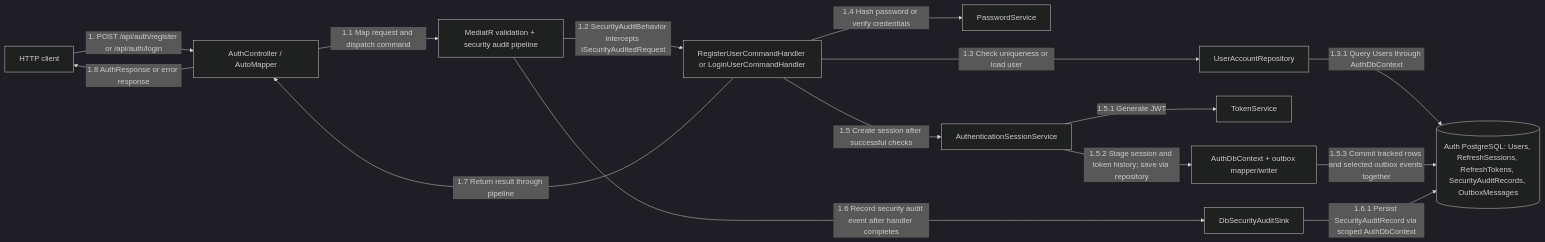
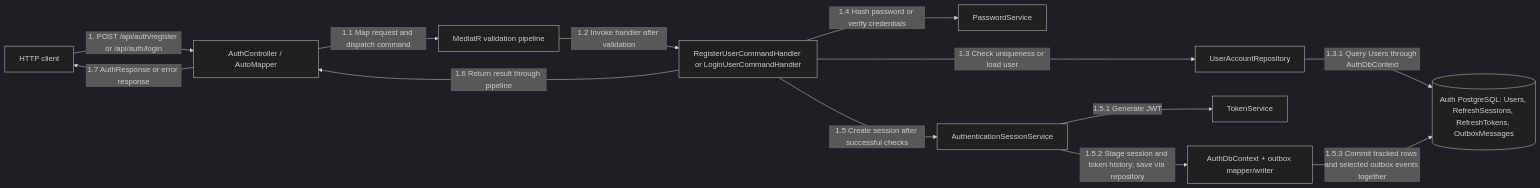
Before and after one commit to bogdan-spilevoi/ASET-master-year-1: the first of 4 diagrams in src/Services/Auth/COMMUNICATION.md, drawn with Mermaid (dark theme). The commit also changed other lines of this file and 50 other files, not shown here.

````diff
--- a/src/Services/Auth/COMMUNICATION.md
+++ b/src/Services/Auth/COMMUNICATION.md
@@ -10,29 +10,26 @@
 ```mermaid
 flowchart LR
     Client["HTTP client"]
     API["AuthController / AutoMapper"]
-    Pipeline["MediatR validation + security audit pipeline"]
+    Pipeline["MediatR validation pipeline"]
     Handler["RegisterUserCommandHandler or LoginUserCommandHandler"]
     Password["PasswordService"]
     Repository["UserAccountRepository"]
     Session["AuthenticationSessionService"]
     Tokens["TokenService"]
     Context["AuthDbContext + outbox mapper/writer"]
-    AuditSink["DbSecurityAuditSink"]
-    DB[("Auth PostgreSQL: Users, RefreshSessions, RefreshTokens, SecurityAuditRecords, OutboxMessages")]
+    DB[("Auth PostgreSQL: Users, RefreshSessions, RefreshTokens, OutboxMessages")]
 
     Client -->|"1. POST /api/auth/register or /api/auth/login"| API
     API -->|"1.1 Map request and dispatch command"| Pipeline
-    Pipeline -->|"1.2 SecurityAuditBehavior intercepts ISecurityAuditedRequest"| Handler
+    Pipeline -->|"1.2 Invoke handler after validation"| Handler
     Handler -->|"1.3 Check uniqueness or load user"| Repository
     Repository -->|"1.3.1 Query Users through AuthDbContext"| DB
     Handler -->|"1.4 Hash password or verify credentials"| Password
     Handler -->|"1.5 Create session after successful checks"| Session
     Session -->|"1.5.1 Generate JWT"| Tokens
     Session -->|"1.5.2 Stage session and token history; save via repository"| Context
     Context -->|"1.5.3 Commit tracked rows and selected outbox events together"| DB
-    Pipeline -->|"1.6 Record security audit event after handler completes"| AuditSink
-    AuditSink -->|"1.6.1 Persist SecurityAuditRecord via scoped AuthDbContext"| DB
-    Handler -->|"1.7 Return result through pipeline"| API
-    API -->|"1.8 AuthResponse or error response"| Client
+    Handler -->|"1.6 Return result through pipeline"| API
+    API -->|"1.7 AuthResponse or error response"| Client
 ```
````
